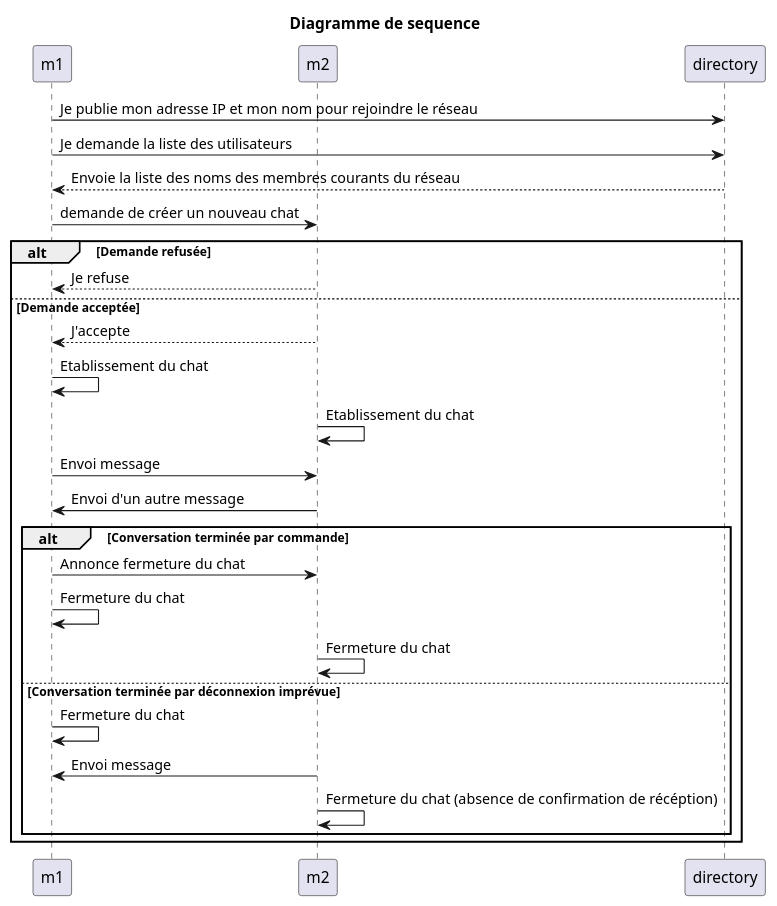
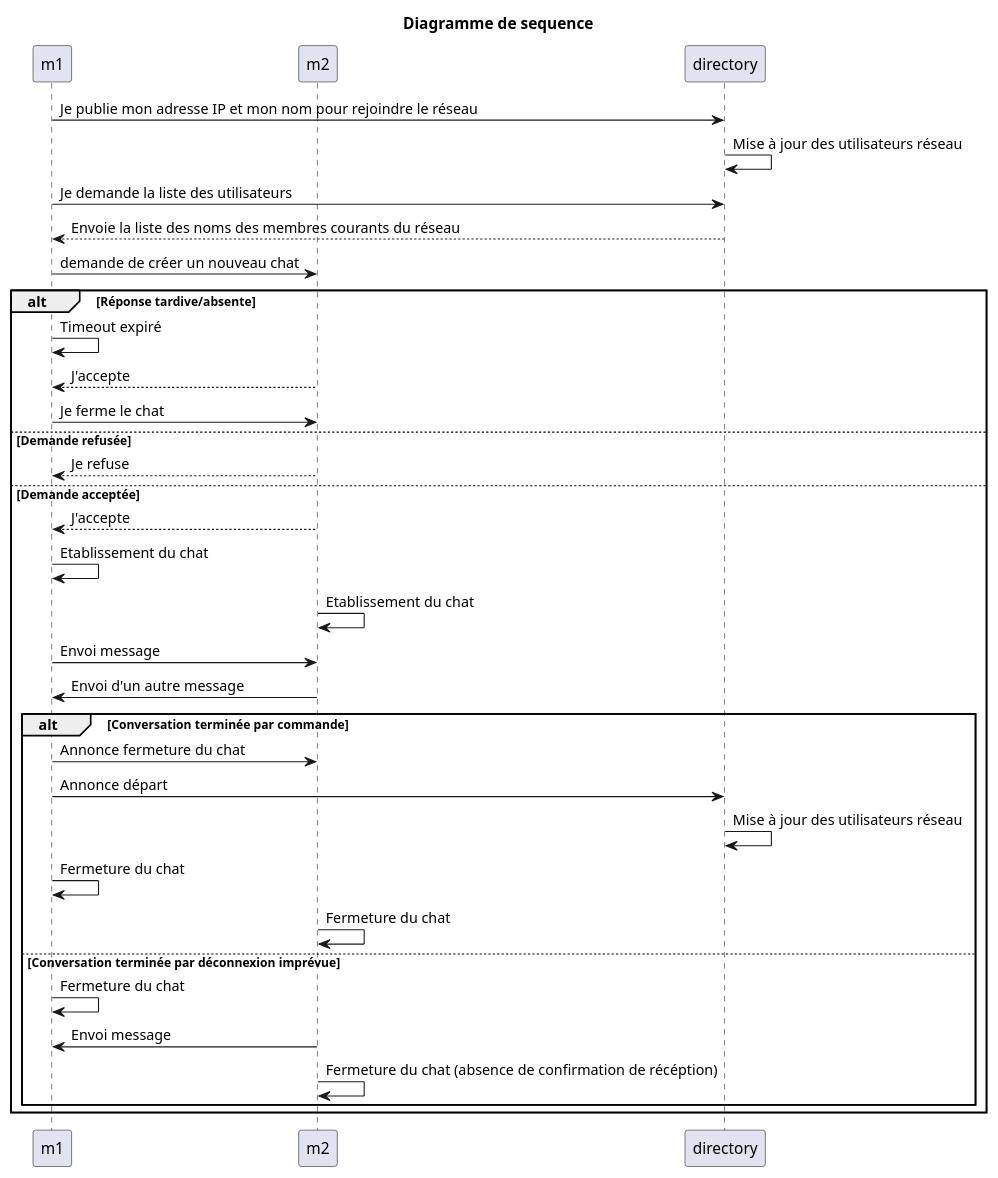
Before and after one commit to samuelroland/poneytoponey: the diagram in docs/sequence.puml, drawn with PlantUML. The commit also changed 3 other files, not shown here.

```diff
--- a/docs/sequence.puml
+++ b/docs/sequence.puml
@@ -1,29 +1,36 @@
 @startuml sequence
 title "Diagramme de sequence"
 participant "m1" as m1
 participant "m2" as m2
 participant "directory" as registry
 
 m1->registry:Je publie mon adresse IP et mon nom pour rejoindre le réseau
+registry->registry:Mise à jour des utilisateurs réseau
 m1-> registry: Je demande la liste des utilisateurs 
 registry-->m1:Envoie la liste des noms des membres courants du réseau
 m1->m2:demande de créer un nouveau chat
-alt Demande refusée
+alt Réponse tardive/absente 
+m1->m1: Timeout expiré
+m2-->m1: J'accepte
+m1->m2: Je ferme le chat
+else Demande refusée
 m2-->m1:Je refuse
 else Demande acceptée
 m2-->m1:J'accepte
 m1->m1:Etablissement du chat
 m2->m2:Etablissement du chat
 m1->m2:Envoi message
 m2->m1:Envoi d'un autre message
 alt Conversation terminée par commande
     m1->m2:Annonce fermeture du chat
+    m1->registry:Annonce départ
+    registry->registry:Mise à jour des utilisateurs réseau
     m1->m1:Fermeture du chat
     m2->m2:Fermeture du chat
 else Conversation terminée par déconnexion imprévue
     m1->m1:Fermeture du chat
     m2->m1:Envoi message
     m2->m2:Fermeture du chat (absence de confirmation de récéption)
 end
 end
 @enduml sequence
```
